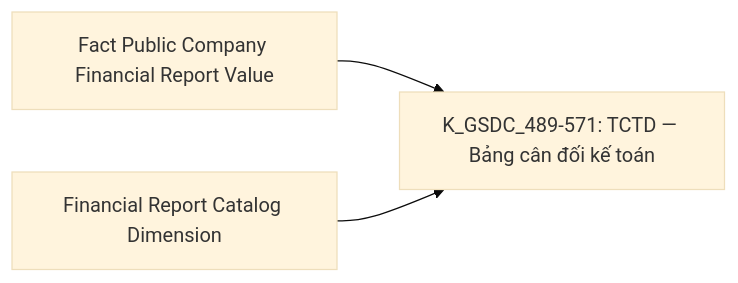
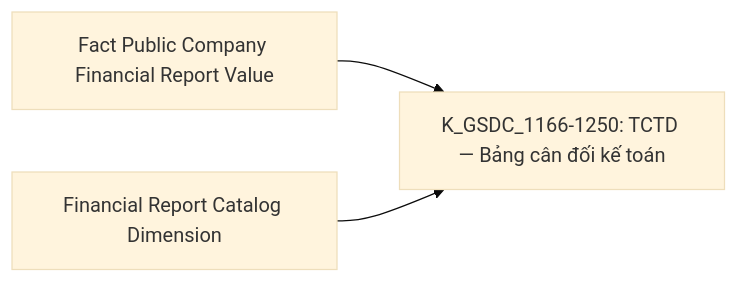
Before and after one commit to linhlvit/ubck_atomic_design: diagram 43 of 55 in Datamart/hld/DTM_GSDC_HLD.md, drawn with Mermaid (base theme). The commit also changed other lines of this file and 2 other files, not shown here.

Commit message:
update GSDC

````diff
--- a/Datamart/hld/DTM_GSDC_HLD.md
+++ b/Datamart/hld/DTM_GSDC_HLD.md
@@ -2366,5 +2382,5 @@
 ```mermaid
 flowchart LR
-    fct_pc_fr_val_g27["Fact Public Company Financial Report Value"] --> R27["K_GSDC_489-571: TCTD — Bảng cân đối kế toán"]
+    fct_pc_fr_val_g27["Fact Public Company Financial Report Value"] --> R27["K_GSDC_1166-1250: TCTD — Bảng cân đối kế toán"]
     financial_rpt_catalog_dim_g27["Financial Report Catalog Dimension"] --> R27
 ```
````
